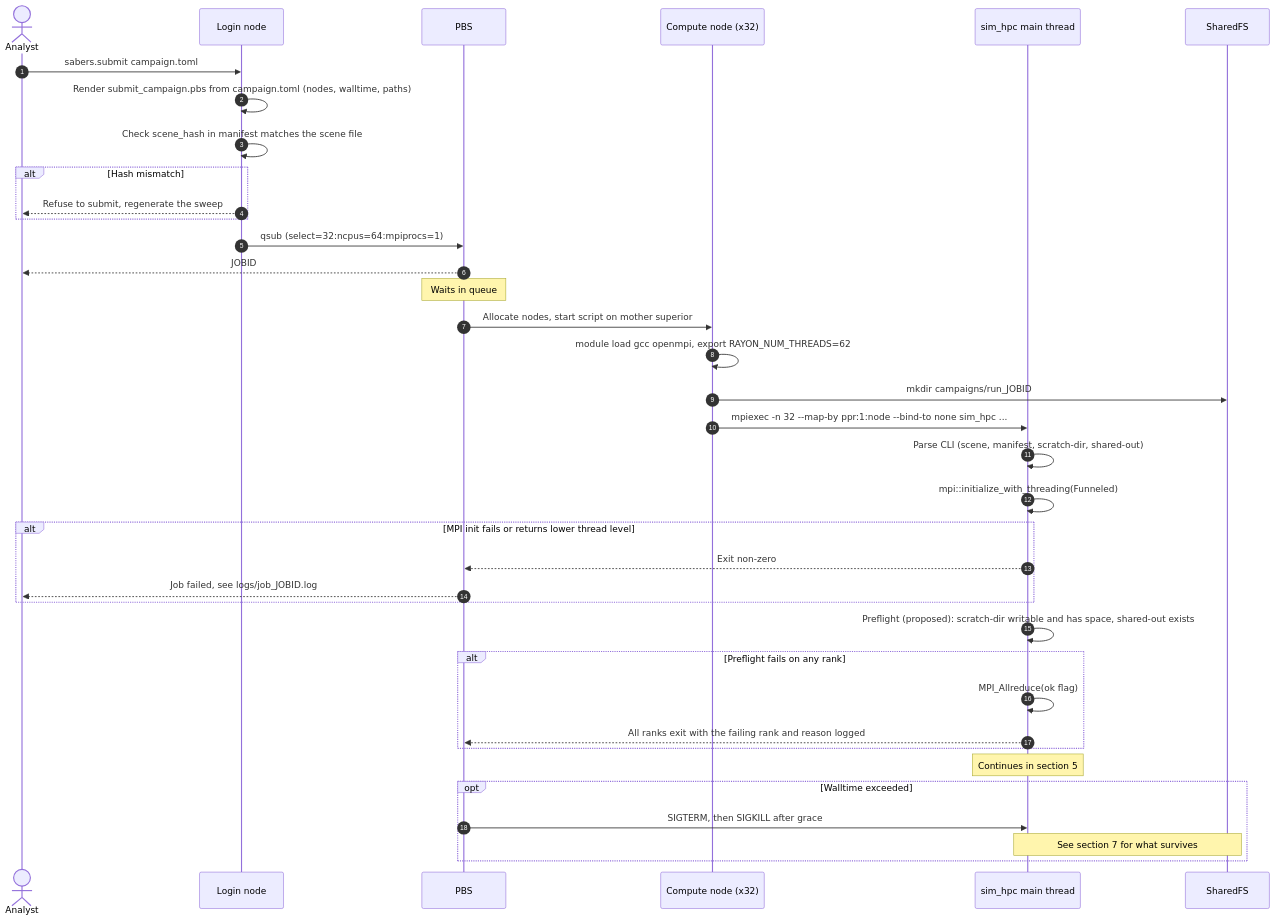
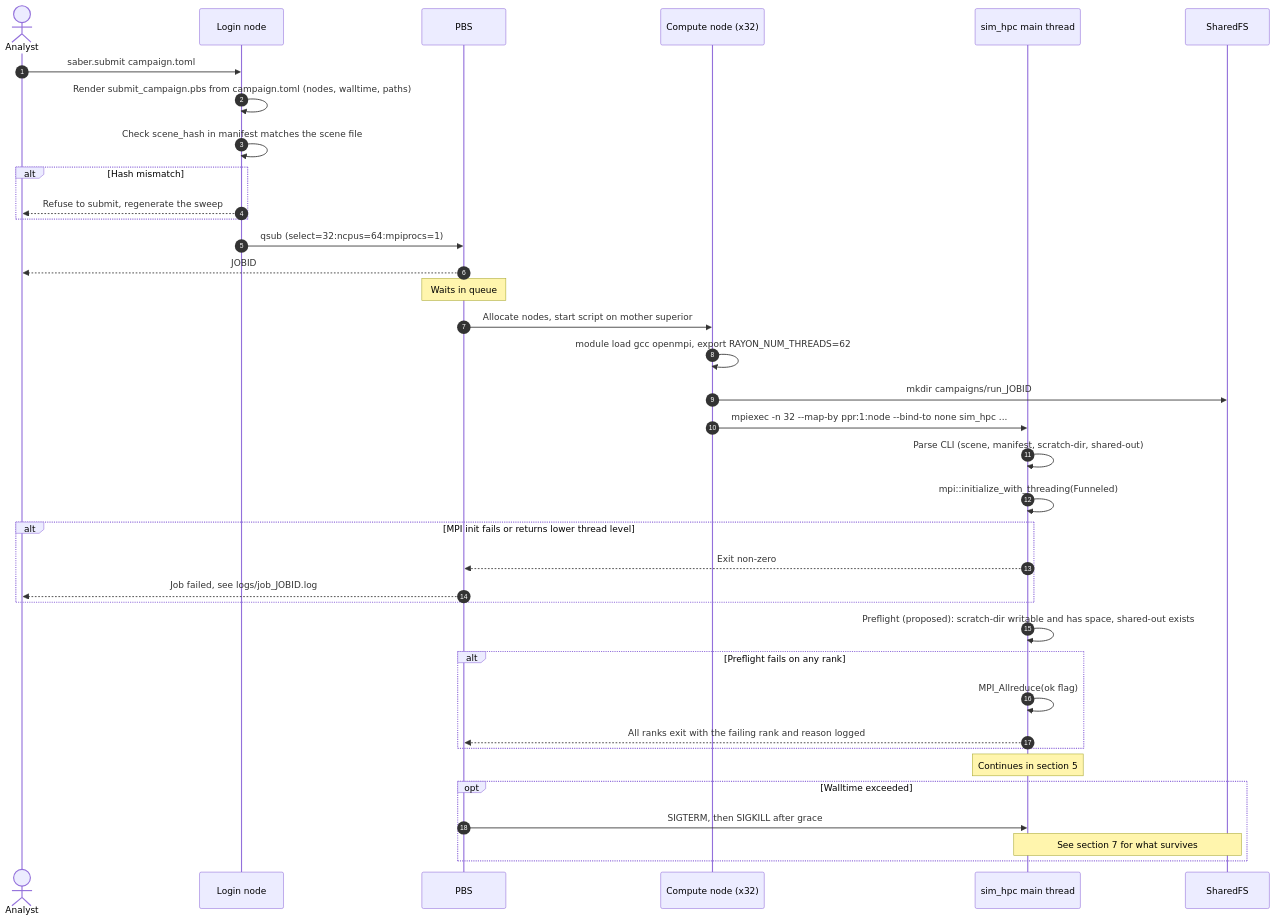
The seventh of 18 diagrams in docs/design/sequence-diagrams.md (Schmiedium/SABER), drawn with Mermaid before and after one commit. The commit also changed other lines of this file and 6 other files, not shown here.

First line of the commit message:
Rename sabers identifiers to saber across the design docs (D18)

````diff
--- a/docs/design/sequence-diagrams.md
+++ b/docs/design/sequence-diagrams.md
@@ -386,41 +386,41 @@
 ```mermaid
 sequenceDiagram
     autonumber
     actor Analyst
     participant Login as Login node
     participant PBS
     participant Node as Compute node (x32)
     participant Main as sim_hpc main thread
     participant SharedFS
 
-    Analyst->>Login: sabers.submit campaign.toml
+    Analyst->>Login: saber.submit campaign.toml
     Login->>Login: Render submit_campaign.pbs from campaign.toml (nodes, walltime, paths)
     Login->>Login: Check scene_hash in manifest matches the scene file
     alt Hash mismatch
         Login-->>Analyst: Refuse to submit, regenerate the sweep
     end
     Login->>PBS: qsub (select=32:ncpus=64:mpiprocs=1)
     PBS-->>Analyst: JOBID
     Note over PBS: Waits in queue
     PBS->>Node: Allocate nodes, start script on mother superior
     Node->>Node: module load gcc openmpi, export RAYON_NUM_THREADS=62
     Node->>SharedFS: mkdir campaigns/run_JOBID
     Node->>Main: mpiexec -n 32 --map-by ppr:1:node --bind-to none sim_hpc ...
     Main->>Main: Parse CLI (scene, manifest, scratch-dir, shared-out)
     Main->>Main: mpi::initialize_with_threading(Funneled)
     alt MPI init fails or returns lower thread level
         Main-->>PBS: Exit non-zero
         PBS-->>Analyst: Job failed, see logs/job_JOBID.log
     end
     Main->>Main: Preflight (proposed): scratch-dir writable and has space, shared-out exists
     alt Preflight fails on any rank
         Main->>Main: MPI_Allreduce(ok flag)
         Main-->>PBS: All ranks exit with the failing rank and reason logged
     end
     Note over Main: Continues in section 5
 
     opt Walltime exceeded
         PBS->>Main: SIGTERM, then SIGKILL after grace
         Note over Main,SharedFS: See section 7 for what survives
     end
 ```
````
